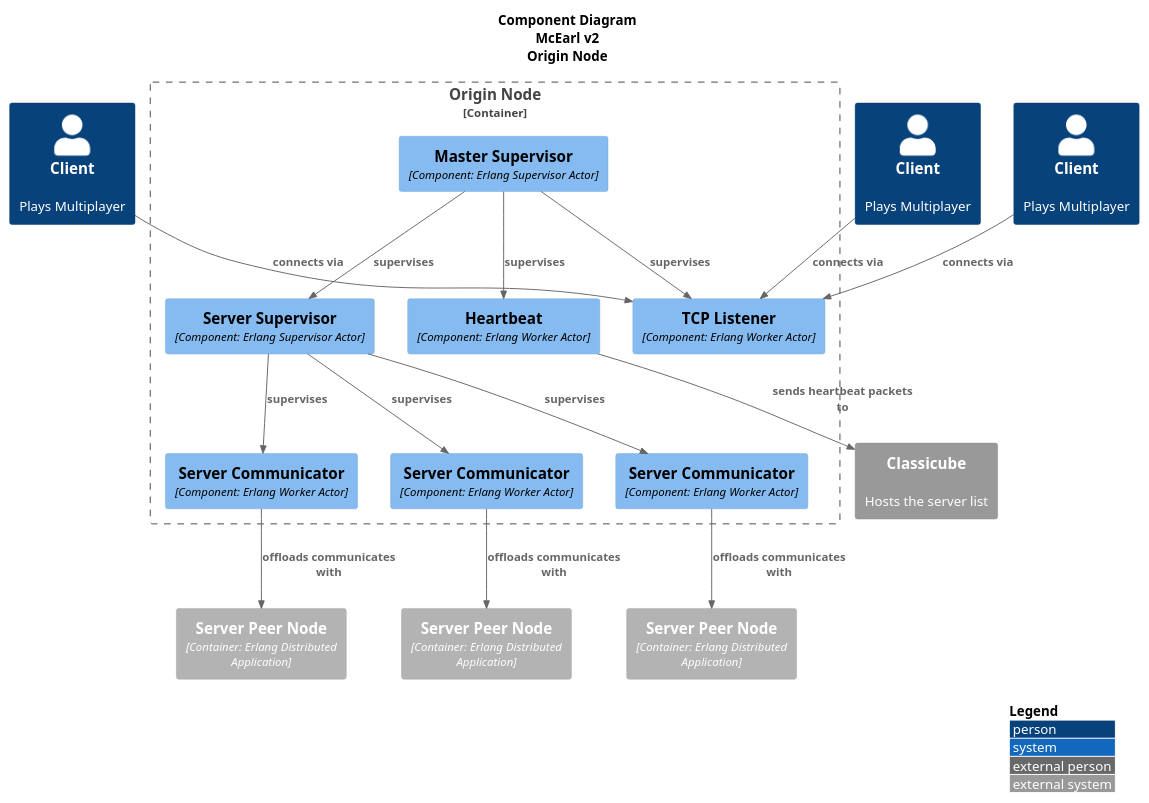
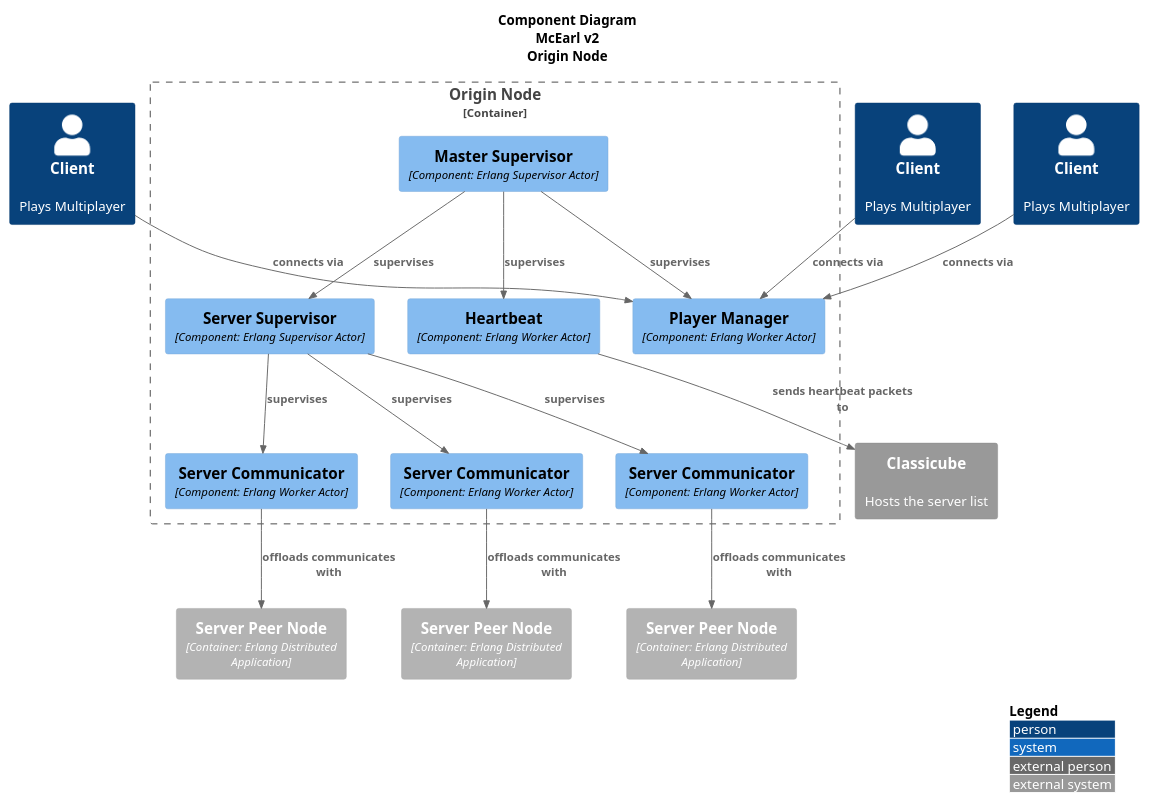
Before and after one commit to OT7EtoYoshimura/mcearl: the diagram in doc/diagrams/c3-origin.puml, drawn with PlantUML. The commit also changed 4 other files, not shown here.

Commit message:
Update C4 diagrams and add sequence diagram

```diff
--- a/doc/diagrams/c3-origin.puml
+++ b/doc/diagrams/c3-origin.puml
@@ -1,45 +1,45 @@
 @startuml c3-origin
 
 !include https://raw.githubusercontent.com/plantuml-stdlib/C4-PlantUML/master/C4_Container.puml
 !include https://raw.githubusercontent.com/plantuml-stdlib/C4-PlantUML/master/C4_Component.puml
 !include https://raw.githubusercontent.com/plantuml-stdlib/C4-PlantUML/master/C4_Context.puml
 
 title Component Diagram\nMcEarl v2\nOrigin Node
 AddRelTag("dashed", $lineStyle = DashedLine())
 
 Person(client1, "Client", "Plays Multiplayer")
 Person(client2, "Client", "Plays Multiplayer")
 Person(client3, "Client", "Plays Multiplayer")
 
 Container_Boundary(boundary, "Origin Node") {
-	Component(masterSup, "Master Supervisor", "Component: Erlang Supervisor Actor")
+	Component(mcearl_sup, "Master Supervisor", "Component: Erlang Supervisor Actor")
 	Component(heartbeat, "Heartbeat", "Component: Erlang Worker Actor")
-	Component(listen, "TCP Listener", "Component: Erlang Worker Actor")
+	Component(player_man, "Player Manager", "Component: Erlang Worker Actor")
 	Component(serverSup, "Server Supervisor", "Component: Erlang Supervisor Actor")
 	Component(server1Comp, "Server Communicator", "Component: Erlang Worker Actor")
 	Component(server2Comp, "Server Communicator", "Component: Erlang Worker Actor")
 	Component(server3Comp, "Server Communicator", "Component: Erlang Worker Actor")
 }
 
 Container_Ext(server1, "Server Peer Node", "Container: Erlang Distributed Application")
 Container_Ext(server2, "Server Peer Node", "Container: Erlang Distributed Application")
 Container_Ext(server3, "Server Peer Node", "Container: Erlang Distributed Application")
 System_Ext(classicube, "Classicube", "Hosts the server list")
 
-Rel(client1, listen, "connects via")
-Rel(client2, listen, "connects via")
-Rel(client3, listen, "connects via")
-Rel(masterSup, serverSup, "supervises")
-Rel(masterSup, listen, "supervises")
-Rel(masterSup, heartbeat, "supervises")
+Rel(client1, player_man, "connects via")
+Rel(client2, player_man, "connects via")
+Rel(client3, player_man, "connects via")
+Rel(mcearl_sup, serverSup, "supervises")
+Rel(mcearl_sup, player_man, "supervises")
+Rel(mcearl_sup, heartbeat, "supervises")
 Rel(heartbeat, classicube, "sends heartbeat packets to")
 Rel(serverSup, server1Comp, "supervises")
 Rel(serverSup, server2Comp, "supervises")
 Rel(serverSup, server3Comp, "supervises")
 Rel(server1Comp, server1, "offloads communicates with")
 Rel(server2Comp, server2, "offloads communicates with")
 Rel(server3Comp, server3, "offloads communicates with")
 
 
 LAYOUT_WITH_LEGEND()
 @enduml
```
